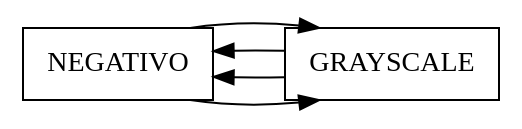
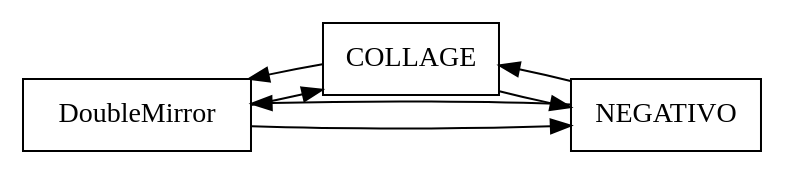
One commit to LuisRivera96/Proyecto1_EDD_USAC changed the diagram in DOT-Images/FILTERS.dot. Above: the diagram before and after it, drawn with Graphviz. The commit also changed 42 other files, not shown here.

```diff
--- a/DOT-Images/FILTERS.dot
+++ b/DOT-Images/FILTERS.dot
@@ -1,9 +1,11 @@
 digraph FILTERS{
 compound=true;
 rankdir="LR"
 node[shape="rectangle"];
+DoubleMirror[label="DoubleMirror"];
+DoubleMirror -> COLLAGE -> DoubleMirror;
+COLLAGE[label="COLLAGE"];
+COLLAGE -> NEGATIVO -> COLLAGE;
 NEGATIVO[label="NEGATIVO"];
-NEGATIVO -> GRAYSCALE -> NEGATIVO;
-GRAYSCALE[label="GRAYSCALE"];
-GRAYSCALE -> NEGATIVO -> GRAYSCALE;
+NEGATIVO -> DoubleMirror -> NEGATIVO;
 }
```
